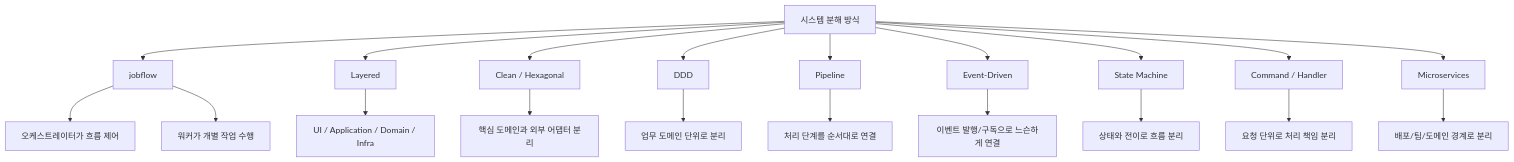
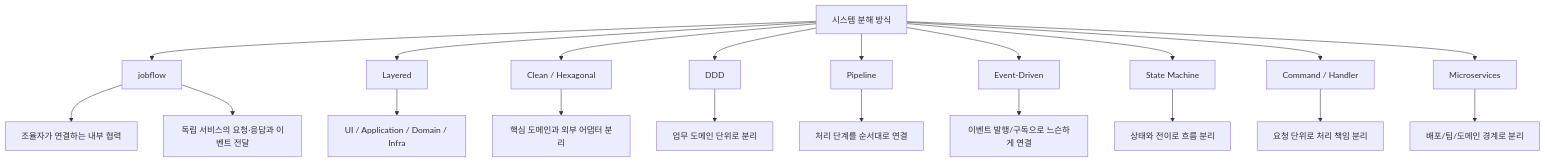
One commit to ryujt/project-guides changed the first of 12 diagrams in guides/architecture-pattern-diagram-guide.md. Above: the diagram before and after it, drawn with Mermaid. The commit also changed other lines of this file and 17 other files, not shown here.

````diff
--- a/guides/architecture-pattern-diagram-guide.md
+++ b/guides/architecture-pattern-diagram-guide.md
@@ -67,32 +67,32 @@
 ```mermaid
 flowchart TD
     A["시스템 분해 방식"]
 
     A --> B["jobflow"]
-    B --> B1["오케스트레이터가 흐름 제어"]
-    B --> B2["워커가 개별 작업 수행"]
+    B --> B1["조율자가 연결하는 내부 협력"]
+    B --> B2["독립 서비스의 요청·응답과 이벤트 전달"]
 
     A --> C["Layered"]
     C --> C1["UI / Application / Domain / Infra"]
 
     A --> D["Clean / Hexagonal"]
     D --> D1["핵심 도메인과 외부 어댑터 분리"]
 
     A --> E["DDD"]
     E --> E1["업무 도메인 단위로 분리"]
 
     A --> F["Pipeline"]
     F --> F1["처리 단계를 순서대로 연결"]
 
     A --> G["Event-Driven"]
     G --> G1["이벤트 발행/구독으로 느슨하게 연결"]
 
     A --> H["State Machine"]
     H --> H1["상태와 전이로 흐름 분리"]
 
     A --> I["Command / Handler"]
     I --> I1["요청 단위로 처리 책임 분리"]
 
     A --> J["Microservices"]
     J --> J1["배포/팀/도메인 경계로 분리"]
 ```
````
